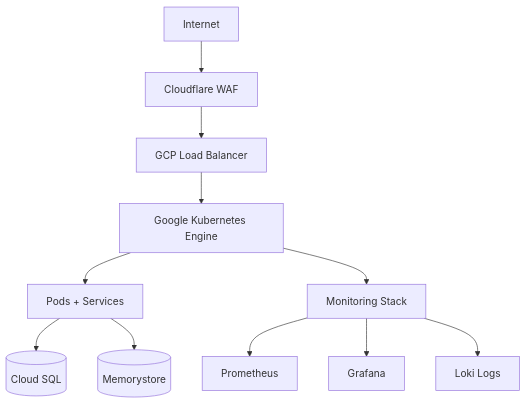
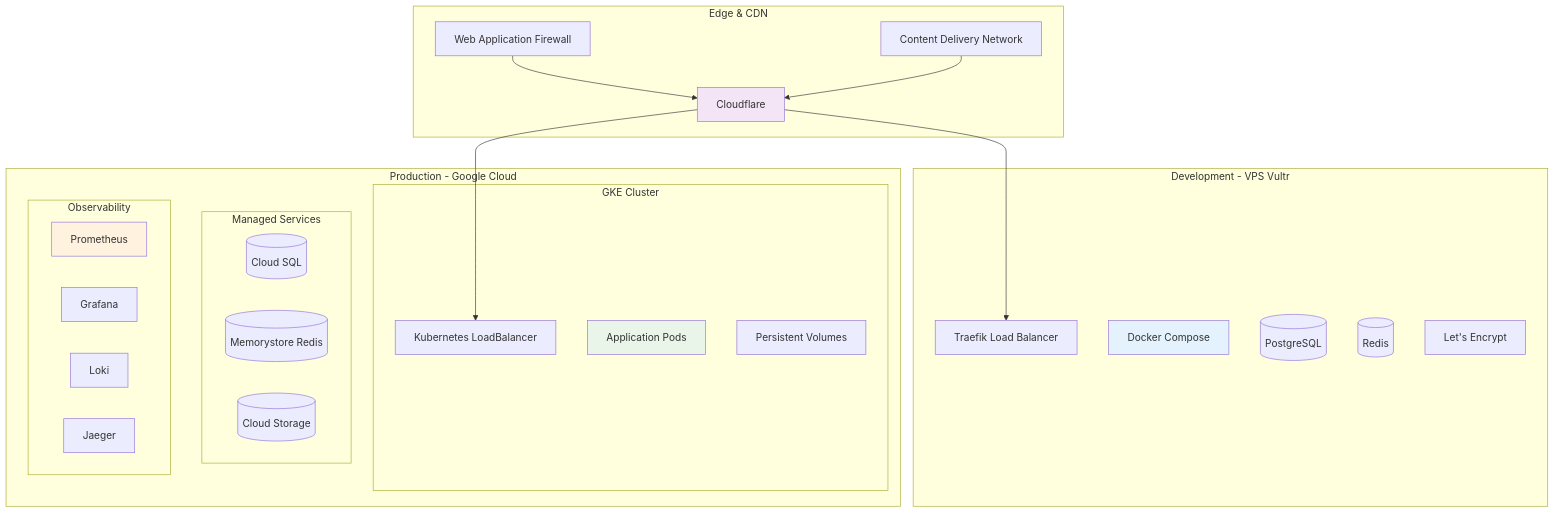
The first of 2 diagrams in docs/infrastructure/README.md (floxcristian/ecommerce-guidelines), drawn with Mermaid before and after one commit. The commit also changed other lines of this file and 9 other files, not shown here.

Commit message:
feat(docker): Revamp local development setup with comprehensive Docker Compose configuration, including Traefik for SSL, observability tools, and enhanced service architecture

````diff
--- a/docs/infrastructure/README.md
+++ b/docs/infrastructure/README.md
@@ -47,15 +48,47 @@
 ```mermaid
 graph TB
-    INTERNET[Internet] --> CF[Cloudflare WAF]
-    CF --> LB[GCP Load Balancer]
-    LB --> GKE[Google Kubernetes Engine]
+    subgraph "Development - VPS Vultr"
+        DEV_LB[Traefik Load Balancer]
+        DEV_DOCKER[Docker Compose]
+        DEV_DB[(PostgreSQL)]
+        DEV_REDIS[(Redis)]
+        DEV_CERT[Let's Encrypt]
+    end
 
-    GKE --> PODS[Pods + Services]
-    PODS --> CLOUDSQL[(Cloud SQL)]
-    PODS --> REDIS[(Memorystore)]
+    subgraph "Production - Google Cloud"
+        subgraph "GKE Cluster"
+            K8S_LB[Kubernetes LoadBalancer]
+            K8S_PODS[Application Pods]
+            K8S_PVC[Persistent Volumes]
+        end
 
-    GKE --> MONITORING[Monitoring Stack]
-    MONITORING --> PROMETHEUS[Prometheus]
-    MONITORING --> GRAFANA[Grafana]
-    MONITORING --> LOKI[Loki Logs]
+        subgraph "Managed Services"
+            CLOUD_SQL[(Cloud SQL)]
+            MEMORYSTORE[(Memorystore Redis)]
+            GCS[(Cloud Storage)]
+        end
+
+        subgraph "Observability"
+            PROMETHEUS[Prometheus]
+            GRAFANA[Grafana]
+            LOKI[Loki]
+            JAEGER[Jaeger]
+        end
+    end
+
+    subgraph "Edge & CDN"
+        CLOUDFLARE[Cloudflare]
+        WAF[Web Application Firewall]
+        CDN[Content Delivery Network]
+    end
+
+    CLOUDFLARE --> DEV_LB
+    CLOUDFLARE --> K8S_LB
+    WAF --> CLOUDFLARE
+    CDN --> CLOUDFLARE
+
+    style DEV_DOCKER fill:#e3f2fd
+    style K8S_PODS fill:#e8f5e8
+    style PROMETHEUS fill:#fff3e0
+    style CLOUDFLARE fill:#f3e5f5
 ```
````
